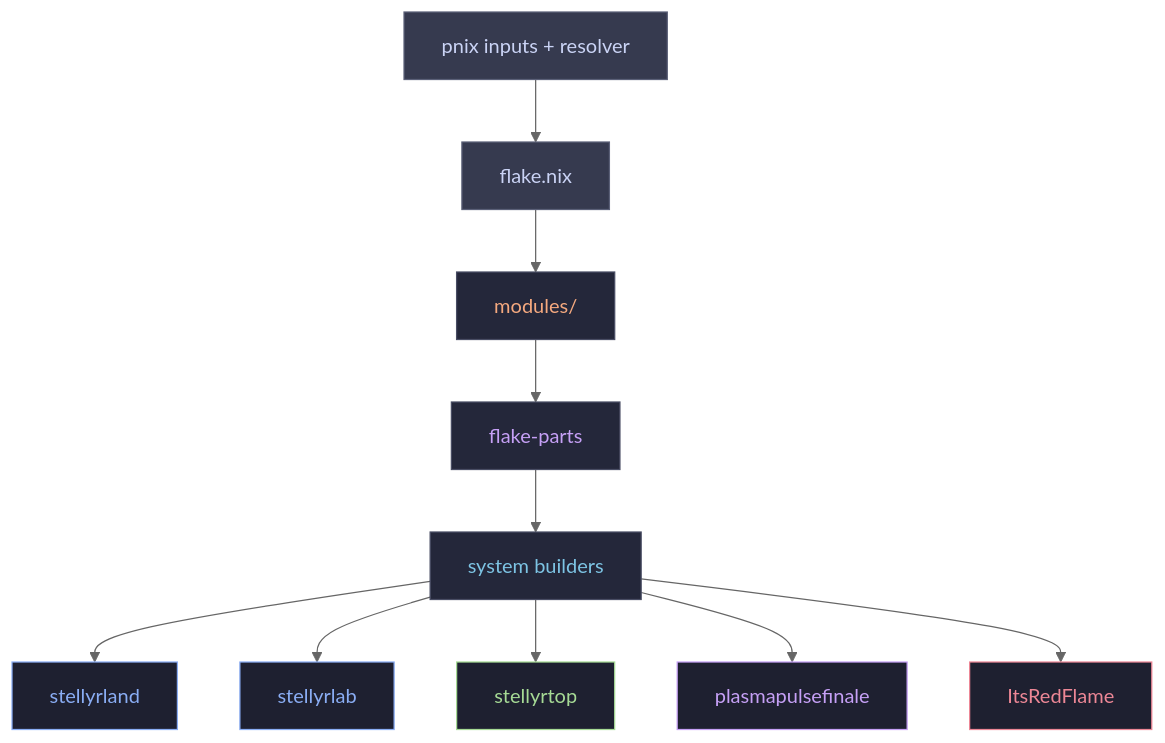
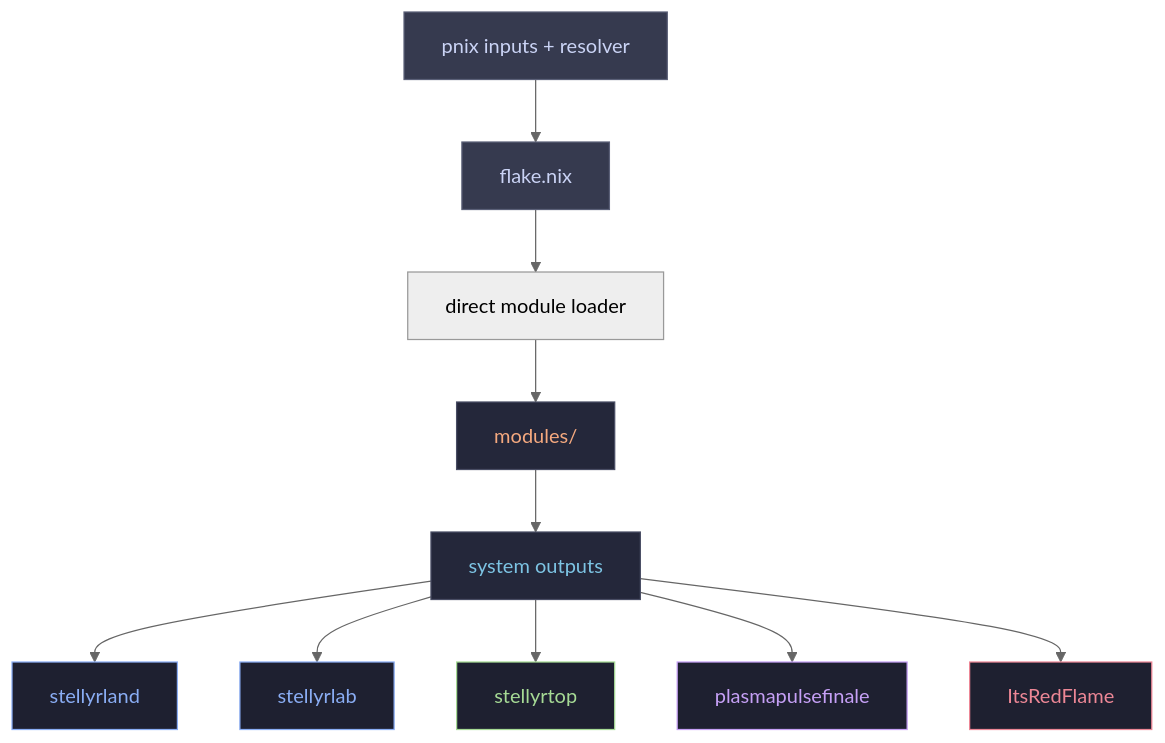
Before and after one commit to iStellanova/Stellyrland: the diagram in README.md, drawn with Mermaid (neutral theme). The commit also changed other lines of this file and 8 other files, not shown here.

````diff
--- a/README.md
+++ b/README.md
@@ -60,24 +60,23 @@
 ```mermaid
 flowchart TD
     PNIX["pnix inputs + resolver"] --> FLAKE["flake.nix"]
-    FLAKE --> MODULES["modules/"]
-    MODULES --> PARTS["flake-parts"]
-    PARTS --> BUILD["system builders"]
+    FLAKE --> LOADER["direct module loader"]
+    LOADER --> MODULES["modules/"]
+    MODULES --> BUILD["system outputs"]
 
     BUILD --> STELLYRLAND["stellyrland"]
     BUILD --> STELLYRLAB["stellyrlab"]
     BUILD --> STELLYRTOP["stellyrtop"]
     BUILD --> PLASMA["plasmapulsefinale"]
     BUILD --> REDFLAME["ItsRedFlame"]
 
     style PNIX fill:#363a4f,color:#cad3f5,stroke:#5b6078
     style FLAKE fill:#363a4f,color:#cad3f5,stroke:#5b6078
     style MODULES fill:#24273a,color:#f5a97f,stroke:#494d64
-    style PARTS fill:#24273a,color:#c6a0f6,stroke:#494d64
     style BUILD fill:#24273a,color:#7dc4e4,stroke:#494d64
     style STELLYRLAND fill:#1e2030,color:#8aadf4,stroke:#8aadf4
     style STELLYRLAB fill:#1e2030,color:#8aadf4,stroke:#8aadf4
     style STELLYRTOP fill:#1e2030,color:#a6da95,stroke:#a6da95
     style PLASMA fill:#1e2030,color:#c6a0f6,stroke:#c6a0f6
     style REDFLAME fill:#1e2030,color:#ed8796,stroke:#ed8796
 ```
````
